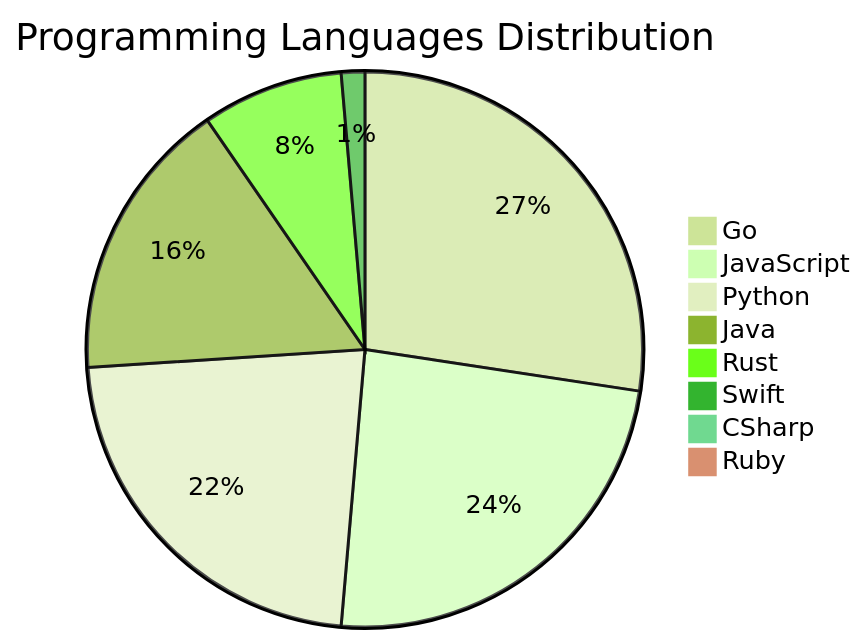
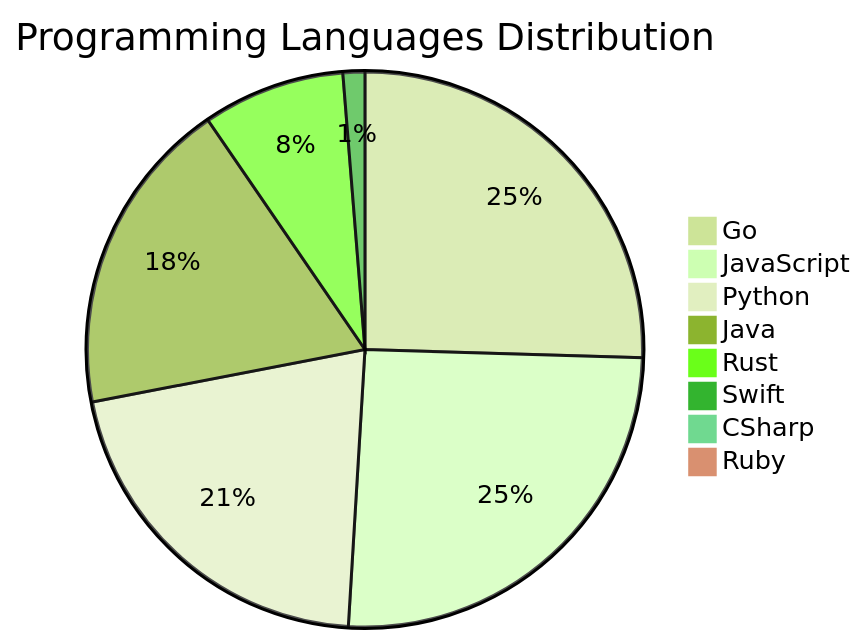
The diagram in README.md (Derrick-MUGISHA/github-activity-bot), drawn with Mermaid (forest theme) before and after one commit. The commit also changed other lines of this file and 4 other files, not shown here.

````diff
--- a/README.md
+++ b/README.md
@@ -208,11 +208,11 @@
 ```mermaid
 pie title Programming Languages Distribution
     "Go" : 40
-    "JavaScript" : 35
+    "JavaScript" : 40
     "Python" : 33
-    "Java" : 24
-    "Rust" : 12
+    "Java" : 29
+    "Rust" : 13
     "Swift" : 2
     "CSharp" : 1
     "Ruby" : 1
 ```
````
